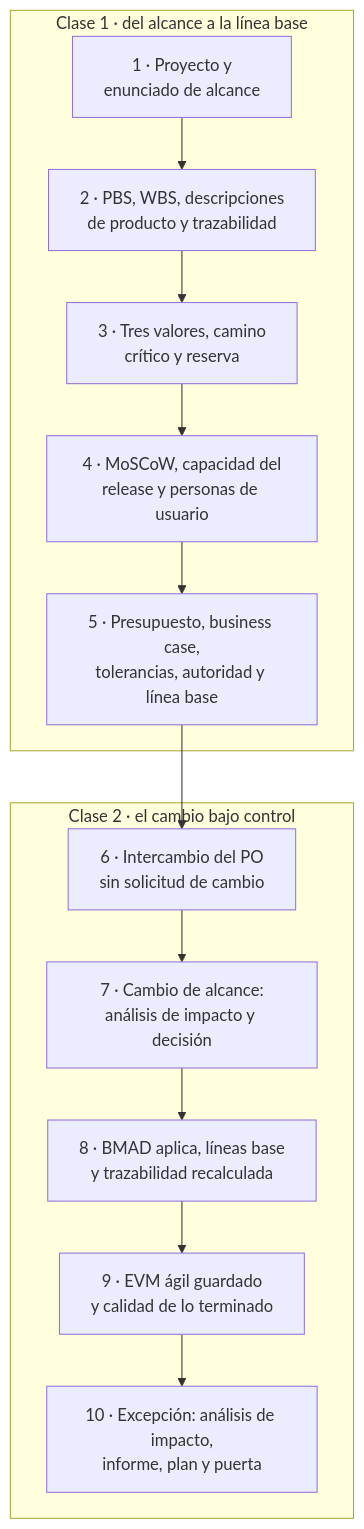
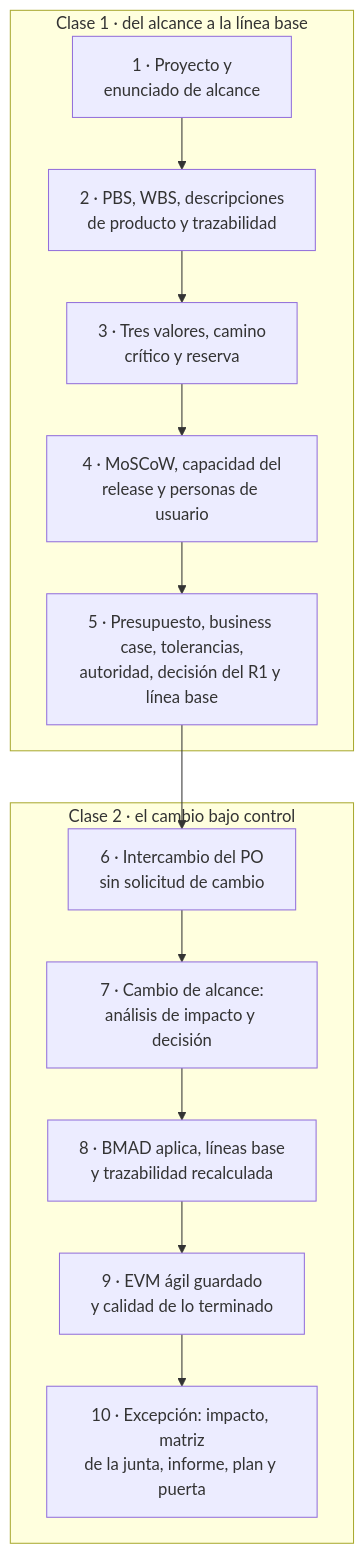
Before and after one commit to Arturo-Penas-Rial/pm-method: the first of 6 diagrams in docs/guias/E2E-2-alcance-roadmap.md, drawn with Mermaid. The commit also changed other lines of this file and 277 other files, not shown here.

````diff
--- a/docs/guias/E2E-2-alcance-roadmap.md
+++ b/docs/guias/E2E-2-alcance-roadmap.md
@@ -101,15 +113,15 @@
 ```mermaid
 flowchart TB
     subgraph c1["Clase 1 · del alcance a la línea base"]
         a["1 · Proyecto y<br/>enunciado de alcance"] --> b["2 · PBS, WBS, descripciones<br/>de producto y trazabilidad"]
         b --> c["3 · Tres valores, camino<br/>crítico y reserva"] --> d["4 · MoSCoW, capacidad del<br/>release y personas de usuario"]
-        d --> e["5 · Presupuesto, business case,<br/>tolerancias, autoridad y línea base"]
+        d --> e["5 · Presupuesto, business case, tolerancias,<br/>autoridad, decisión del R1 y línea base"]
     end
     subgraph c2["Clase 2 · el cambio bajo control"]
         f["6 · Intercambio del PO<br/>sin solicitud de cambio"] --> g["7 · Cambio de alcance:<br/>análisis de impacto y decisión"]
         g --> h["8 · BMAD aplica, líneas base<br/>y trazabilidad recalculada"]
         h --> i["9 · EVM ágil guardado<br/>y calidad de lo terminado"]
-        i --> j["10 · Excepción: análisis de impacto,<br/>informe, plan y puerta"]
+        i --> j["10 · Excepción: impacto, matriz<br/>de la junta, informe, plan y puerta"]
     end
     e --> f
 ```
````
